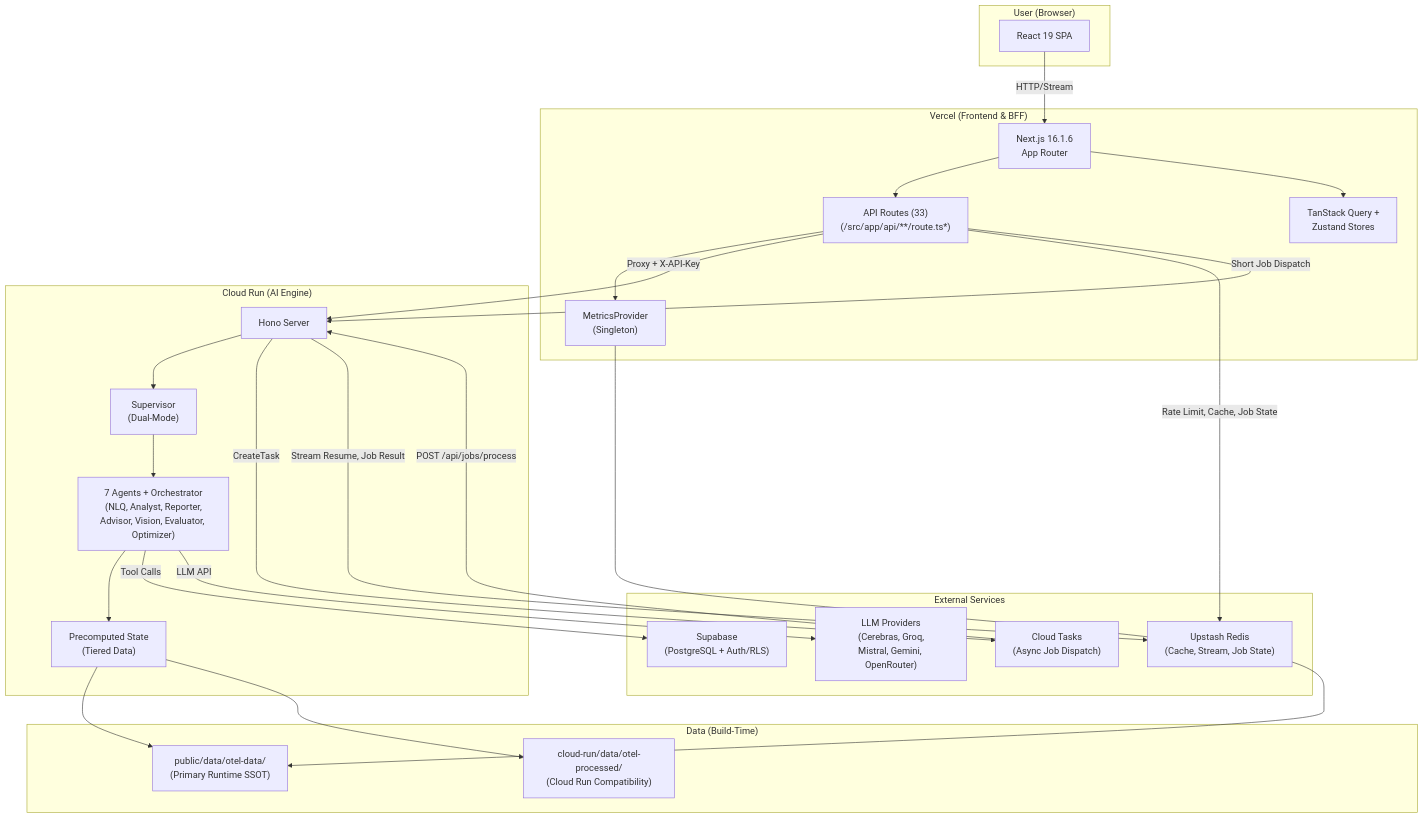
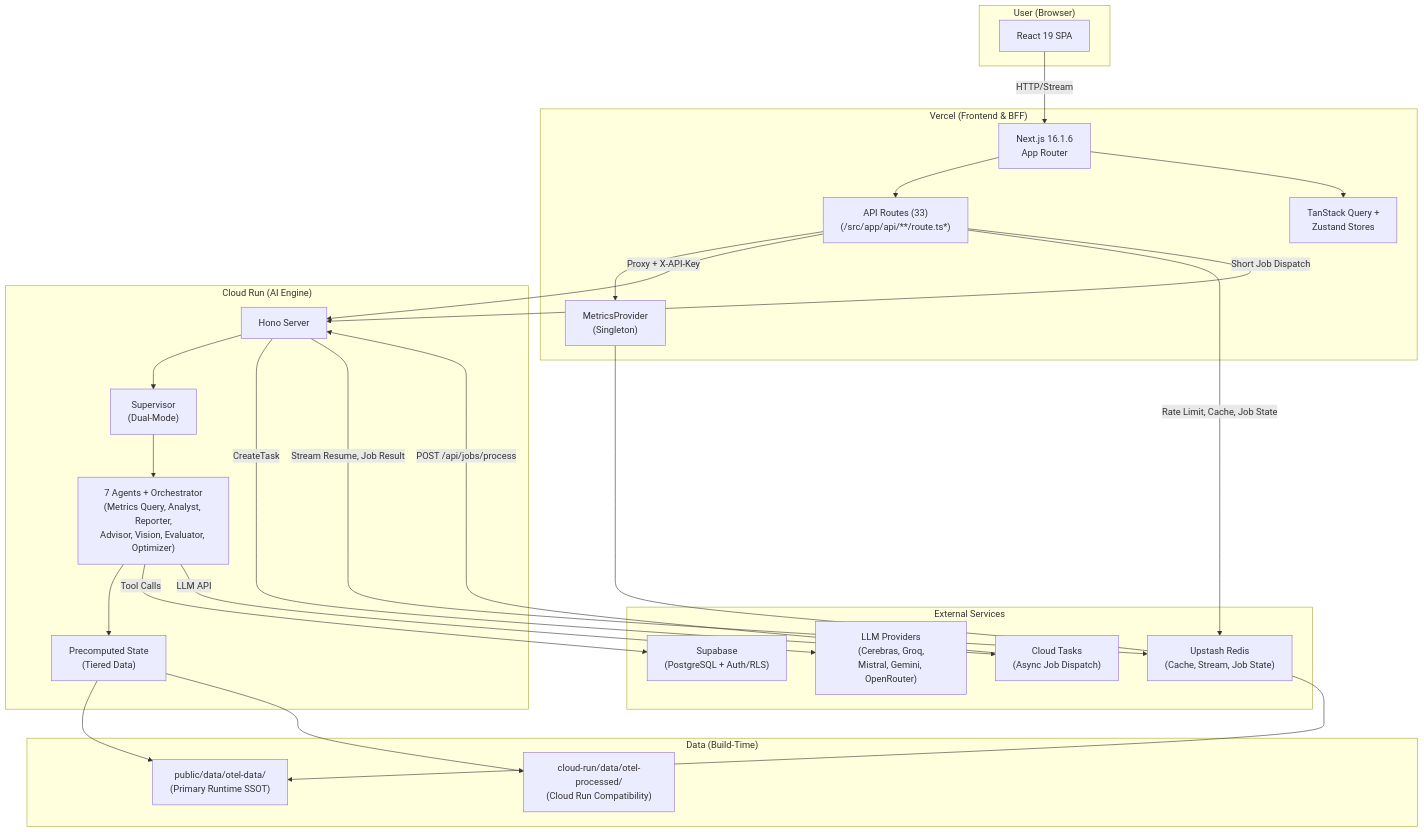
Before and after one commit to skyasu2/openmanager-ai: the diagram in docs/reference/architecture/system/system-architecture-current.md, drawn with Mermaid. The commit also changed other lines of this file and 133 other files, not shown here.

````diff
--- a/docs/reference/architecture/system/system-architecture-current.md
+++ b/docs/reference/architecture/system/system-architecture-current.md
@@ -33,51 +33,51 @@
 ```mermaid
 graph TB
     subgraph User["User (Browser)"]
         UI[React 19 SPA]
     end
 
     subgraph Vercel["Vercel (Frontend & BFF)"]
         NextJS["Next.js 16.1.6<br/>App Router"]
         API["API Routes (33)<br/>(/src/app/api/**/route.ts*)"]
         MP["MetricsProvider<br/>(Singleton)"]
         Providers["TanStack Query +<br/>Zustand Stores"]
     end
 
     subgraph CloudRun["Cloud Run (AI Engine)"]
         Hono["Hono Server"]
         Supervisor["Supervisor<br/>(Dual-Mode)"]
-        Agents["7 Agents + Orchestrator<br/>(NLQ, Analyst, Reporter,<br/>Advisor, Vision, Evaluator, Optimizer)"]
+        Agents["7 Agents + Orchestrator<br/>(Metrics Query, Analyst, Reporter,<br/>Advisor, Vision, Evaluator, Optimizer)"]
         PreComp["Precomputed State<br/>(Tiered Data)"]
     end
 
     subgraph External["External Services"]
         Supabase["Supabase<br/>(PostgreSQL + Auth/RLS)"]
         Redis["Upstash Redis<br/>(Cache, Stream, Job State)"]
         CloudTasks["Cloud Tasks<br/>(Async Job Dispatch)"]
         LLM["LLM Providers<br/>(Cerebras, Groq,<br/>Mistral, Gemini, OpenRouter)"]
     end
 
     subgraph Data["Data (Build-Time)"]
         OTel["public/data/otel-data/<br/>(Primary Runtime SSOT)"]
         Compat["cloud-run/data/otel-processed/<br/>(Cloud Run Compatibility)"]
     end
 
     UI -->|HTTP/Stream| NextJS
     NextJS --> API
     API --> MP
     MP --> OTel
     API -->|Proxy + X-API-Key| Hono
     Hono --> Supervisor
     Supervisor --> Agents
     Agents --> PreComp
     PreComp --> OTel
     PreComp --> Compat
     Agents -->|Tool Calls| Supabase
     Agents -->|LLM API| LLM
     API -->|Rate Limit, Cache, Job State| Redis
     API -->|Short Job Dispatch| Hono
     Hono -->|CreateTask| CloudTasks
     CloudTasks -->|POST /api/jobs/process| Hono
     Hono -->|Stream Resume, Job Result| Redis
     NextJS --> Providers
 ```
````
